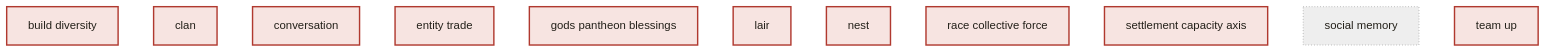
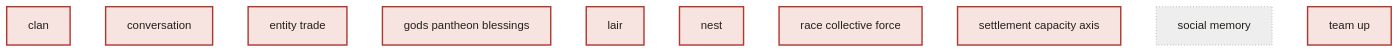
The diagram in docs/brainstorm/mechanism_priority_view.md (ttnhan18062000/rpg-based-simulation), drawn with Mermaid (neutral theme) before and after one commit. The commit also changed other lines of this file and 22 other files, not shown here.

````diff
--- a/docs/brainstorm/mechanism_priority_view.md
+++ b/docs/brainstorm/mechanism_priority_view.md
@@ -32,22 +31,21 @@
 ```mermaid
 flowchart BT
     classDef done fill:#e4efe6,stroke:#3f7d5c,stroke-width:2px,color:#232019
     classDef partial fill:#fdf3d8,stroke:#b8860b,stroke-width:2px,color:#232019
     classDef gap fill:#f7e4e1,stroke:#b0392f,stroke-width:2px,color:#232019
     classDef orphan fill:#f7e4e1,stroke:#b0392f,stroke-width:2px,stroke-dasharray: 2 2,color:#232019
     classDef gated fill:#f7ecd2,stroke:#9a6b0c,stroke-width:2px,stroke-dasharray: 3 3,color:#232019
     classDef skeleton fill:#eee,stroke:#888,stroke-width:1px,stroke-dasharray: 1 3,color:#232019
 
-    build_diversity["build diversity"]:::gap
     clan["clan"]:::gap
     conversation["conversation"]:::gap
     entity_trade["entity trade"]:::gap
     gods_pantheon_blessings["gods pantheon blessings"]:::gap
     lair["lair"]:::gap
     nest["nest"]:::gap
     race_collective_force["race collective force"]:::gap
     settlement_capacity_axis["settlement capacity axis"]:::gap
     social_memory["social memory"]:::skeleton
     team_up["team up"]:::gap
 
 ```
````
